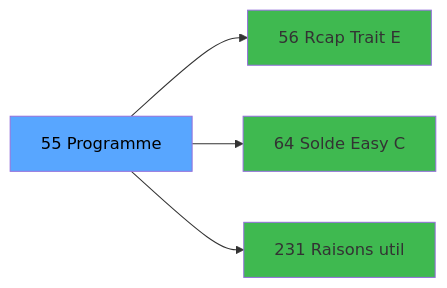
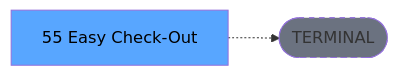
Before and after one commit to thonyAGP/lecteur-magic: the third of 3 diagrams in .openspec/renders/ADH-IDE-55.md, drawn with Mermaid. The commit also changed other lines of this file and 701 other files, not shown here.

````diff
--- a/.openspec/renders/ADH-IDE-55.md
+++ b/.openspec/renders/ADH-IDE-55.md
@@ -133,14 +134,8 @@
 ```mermaid
 graph LR
-    T[55 Programme]
-    C56[56 Rcap Trait E]
-    T --> C56
-    C64[64 Solde Easy C]
-    T --> C64
-    C231[231 Raisons util]
-    T --> C231
+    T[55 Easy Check-Out ]
+    TERM([TERMINAL])
+    T -.-> TERM
+    style TERM fill:#6b7280,stroke-dasharray: 5 5
     style T fill:#58a6ff,color:#000
-    style C56 fill:#3fb950
-    style C64 fill:#3fb950
-    style C231 fill:#3fb950
 ```
````
